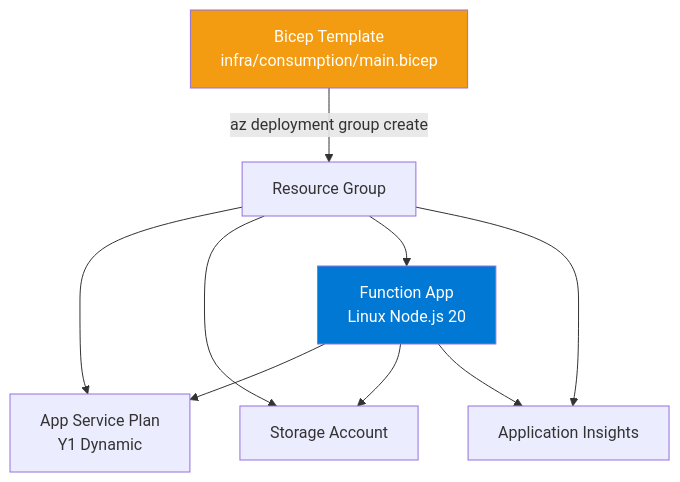
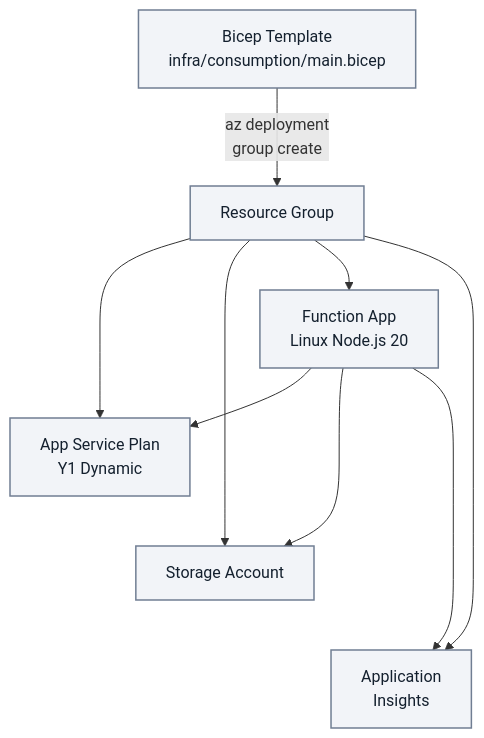
Before and after one commit to yeongseon/azure-functions-practical-guide: the first of 2 diagrams in docs/language-guides/nodejs/tutorial/consumption/05-infrastructure-as-code.md, drawn with Mermaid. The commit also changed other lines of this file and 4 other files, not shown here.

First line of the commit message:
docs(diagrams): improve Node.js infrastructure tutorial figures (#514)

````diff
--- a/docs/language-guides/nodejs/tutorial/consumption/05-infrastructure-as-code.md
+++ b/docs/language-guides/nodejs/tutorial/consumption/05-infrastructure-as-code.md
@@ -63,14 +64,19 @@
 ```mermaid
 flowchart TD
-    BICEP["Bicep Template\ninfra/consumption/main.bicep"] -->|"az deployment group create"| RG[Resource Group]
-    RG --> PLAN["App Service Plan\nY1 Dynamic"]
+    accTitle: Node.js Linux Consumption infrastructure configuration map
+    accDescr: Illustrative resource-group provisioning and configuration associations for the Node.js 20 Linux Y1 example, including plan, storage and Application Insights. Arrows do not represent network hops or serial resource creation, and do not prove successful deployment. The runtime label describes the tutorial configuration, not a current support recommendation.
+    BICEP["Bicep Template<br/>infra/consumption/main.bicep"] -->|"az deployment<br/>group create"| RG[Resource Group]
+    RG --> PLAN["App Service Plan<br/>Y1 Dynamic"]
     RG --> ST["Storage Account"]
-    RG --> FA["Function App\nLinux Node.js 20"]
-    RG --> AI["Application Insights"]
+    RG --> FA["Function App<br/>Linux Node.js 20"]
+    RG --> AI["Application<br/>Insights"]
     FA --> PLAN
     FA --> ST
     FA --> AI
 
-    style BICEP fill:#f39c12,color:#fff
-    style FA fill:#0078d4,color:#fff
+    %% Layout-only tiers; add no provisioning dependencies or visible arrows.
+    PLAN ~~~ ST
+    ST ~~~ AI
+    classDef baseNeutral fill:#f2f4f8,stroke:#707e93,stroke-width:1.5px,color:#14202e;
+    class BICEP,RG,PLAN,ST,FA,AI baseNeutral;
 ```
````
